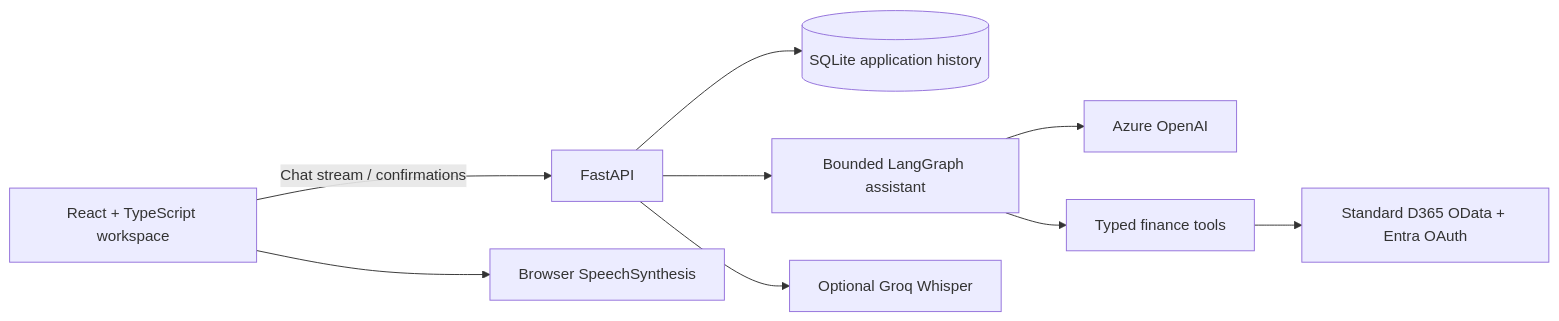
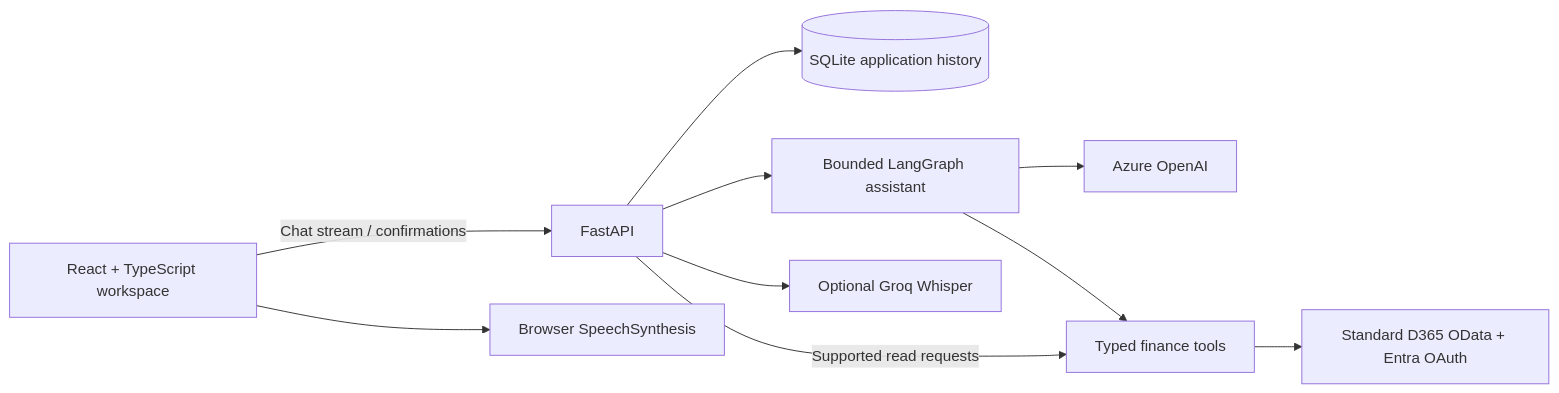
One commit to SriTharoon05/D365_FinanceAssistantAgent changed the diagram in README.md. Above: the diagram before and after it, drawn with Mermaid. The commit also changed other lines of this file and 12 other files, not shown here.

Commit message:
Show invoice chart labels and route finance reads consistently

````diff
--- a/README.md
+++ b/README.md
@@ -5,11 +5,12 @@
 ```mermaid
 flowchart LR
     UI[React + TypeScript workspace] -->|Chat stream / confirmations| API[FastAPI]
     API --> DB[(SQLite application history)]
     API --> Agent[Bounded LangGraph assistant]
     Agent --> Azure[Azure OpenAI]
     Agent --> Tools[Typed finance tools]
+    API -->|Supported read requests| Tools
     Tools --> ERP[Standard D365 OData + Entra OAuth]
     API --> Groq[Optional Groq Whisper]
     UI --> Speech[Browser SpeechSynthesis]
 ```
````
